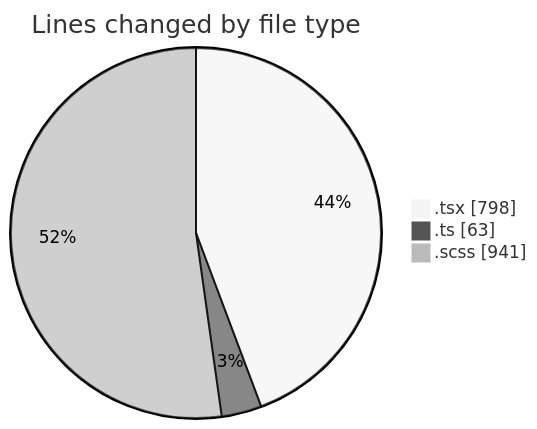
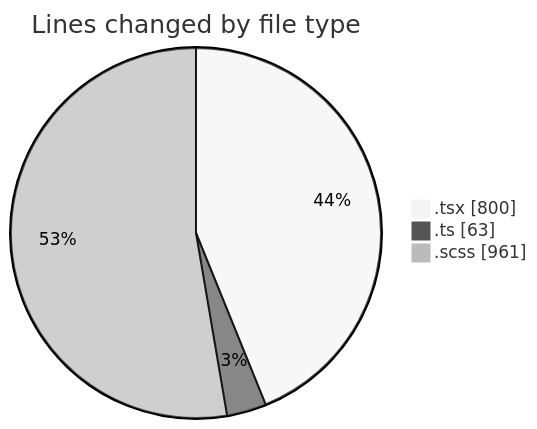
The first of 2 diagrams in 2025-04-02/cda/README.md (momahboobian/code-tracking), drawn with Mermaid (neutral theme) before and after one commit. The commit also changed other lines of this file and 1 other file, not shown here.

````diff
--- a/2025-04-02/cda/README.md
+++ b/2025-04-02/cda/README.md
@@ -26,7 +26,7 @@
 ```mermaid
 pie showData
 title Lines changed by file type
-".tsx" : 798
+".tsx" : 800
 ".ts" : 63
-".scss" : 941
+".scss" : 961
 ```
````
